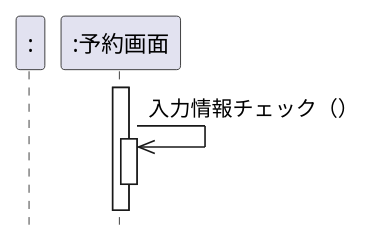
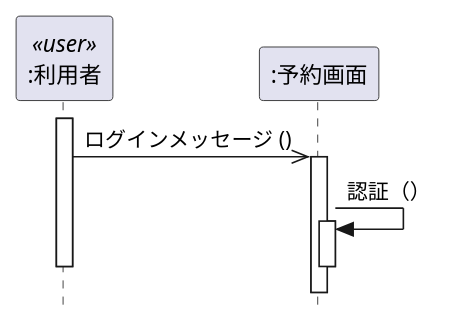
The diagram in 演習4-2_SD_利用者と予約画面.pu (tonitonityoppa/uml-introduction), drawn with PlantUML before and after one commit. The commit also changed 2 other files, not shown here.

```diff
--- a/演習4-2_SD_利用者と予約画面.pu
+++ b/演習4-2_SD_利用者と予約画面.pu
@@ -1,10 +1,14 @@
 @startuml 利用者と予約画面
 hide footbox
-participant ":"
+skinparam style strictuml
+participant ":利用者" as user <<user>>
 participant ":予約画面" as yoyaku
+activate user
+user ->> yoyaku: ログインメッセージ ()
 activate yoyaku
-    yoyaku ->> yoyaku: 入力情報チェック（）
+    yoyaku -> yoyaku: 認証（）
     activate yoyaku
     ' deactivate yoyaku
 deactivate yoyaku
+deactivate user
 @enduml
```
